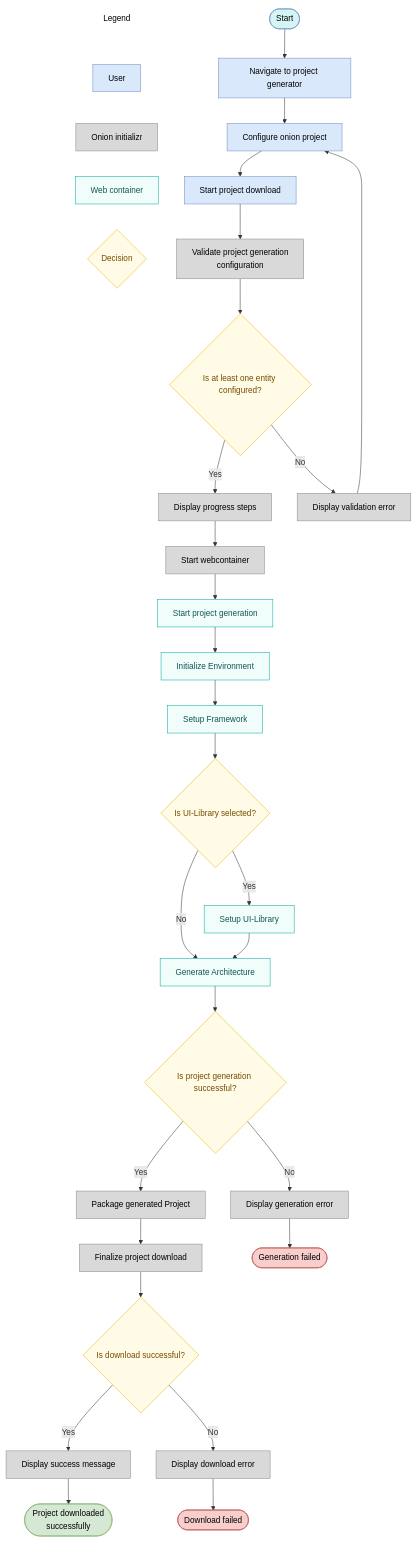
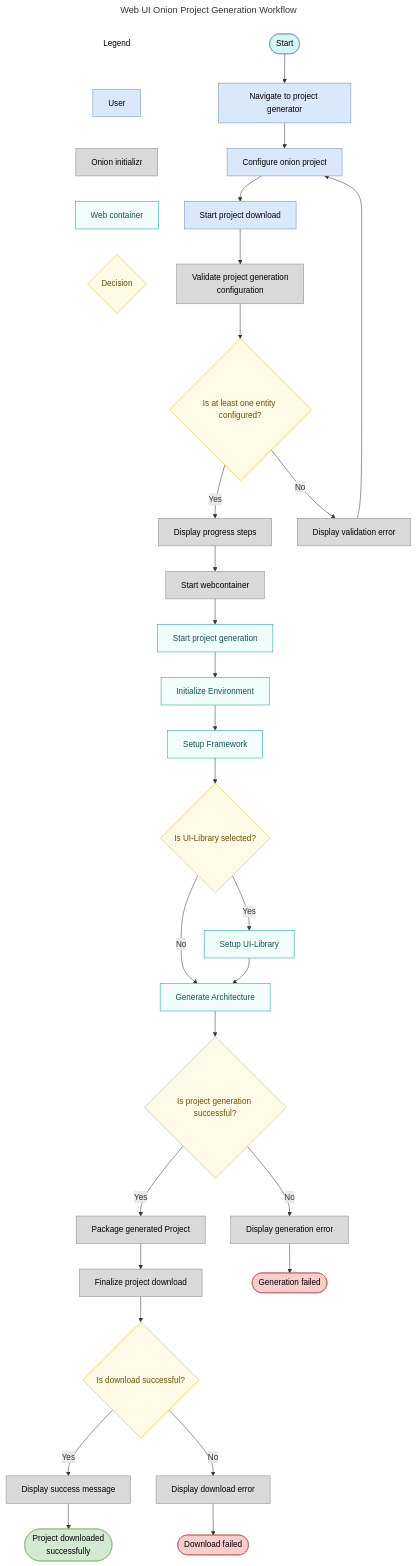
The diagram in docs/architecture/web-ui-project-generation-workflow.md (viadee/onion-initializr), drawn with Mermaid before and after one commit.

Commit message:
add flowchart title

````diff
--- a/docs/architecture/web-ui-project-generation-workflow.md
+++ b/docs/architecture/web-ui-project-generation-workflow.md
@@ -1,4 +1,7 @@
 ```mermaid
+---
+title: Web UI Onion Project Generation Workflow
+---
 flowchart TD
     %% ---------- Legend (own component, shares ranks with main flow) ----------
     legendTitle["Legend"]
````
